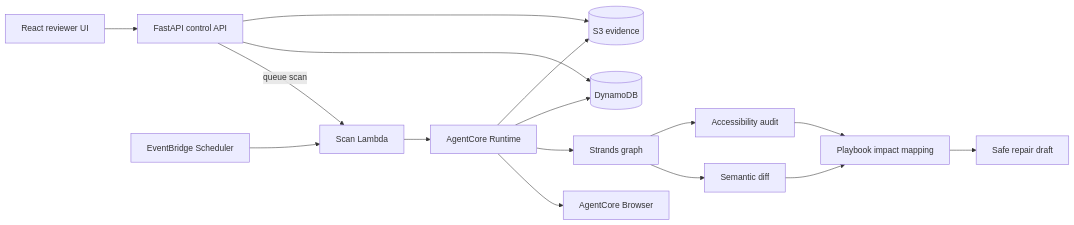
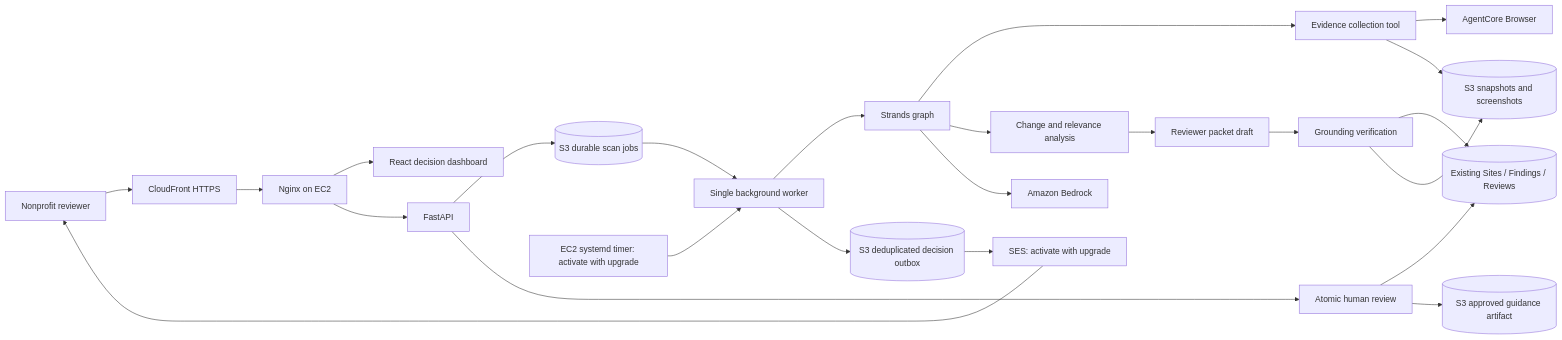
The diagram in README.md (yashsanap14/Civic-Canary), drawn with Mermaid before and after one commit. The commit also changed other lines of this file and 28 other files, not shown here.

````diff
--- a/README.md
+++ b/README.md
@@ -48,18 +83,26 @@
 ```mermaid
 flowchart LR
-    UI[React reviewer UI] --> API[FastAPI control API]
-    API -->|queue scan| WORKER[Scan Lambda]
-    SCHEDULE[EventBridge Scheduler] --> WORKER
-    WORKER --> RUNTIME[AgentCore Runtime]
-    RUNTIME --> BROWSER[AgentCore Browser]
-    RUNTIME --> GRAPH[Strands graph]
-    GRAPH --> DIFF[Semantic diff]
-    GRAPH --> A11Y[Accessibility audit]
-    DIFF --> IMPACT[Playbook impact mapping]
-    A11Y --> IMPACT
-    IMPACT --> DRAFT[Safe repair draft]
-    RUNTIME --> DB[(DynamoDB)]
-    RUNTIME --> EVIDENCE[(S3 evidence)]
-    API --> DB
-    API --> EVIDENCE
+    USER[Nonprofit reviewer] --> CF[CloudFront HTTPS]
+    CF --> NGINX[Nginx on EC2]
+    NGINX --> UI[React decision dashboard]
+    NGINX --> API[FastAPI]
+    API --> JOBS[(S3 durable scan jobs)]
+    TIMER[EC2 systemd timer: activate with upgrade] --> WORKER[Single background worker]
+    JOBS --> WORKER
+    WORKER --> GRAPH[Strands graph]
+    GRAPH --> COLLECT[Evidence collection tool]
+    COLLECT --> BROWSER[AgentCore Browser]
+    GRAPH --> CLASSIFY[Change and relevance analysis]
+    CLASSIFY --> DRAFT[Reviewer packet draft]
+    DRAFT --> VERIFY[Grounding verification]
+    GRAPH --> BEDROCK[Amazon Bedrock]
+    VERIFY --> DB[(Existing Sites / Findings / Reviews)]
+    COLLECT --> S3[(S3 snapshots and screenshots)]
+    VERIFY --> S3
+    WORKER --> OUTBOX[(S3 deduplicated decision outbox)]
+    OUTBOX --> SES[SES: activate with upgrade]
+    SES --> USER
+    API --> REVIEW[Atomic human review]
+    REVIEW --> DB
+    REVIEW --> ARTIFACT[(S3 approved guidance artifact)]
 ```
````
